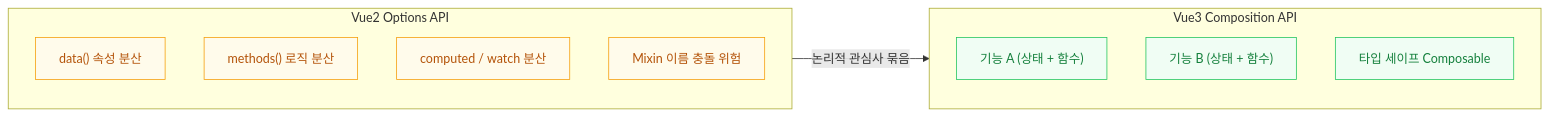
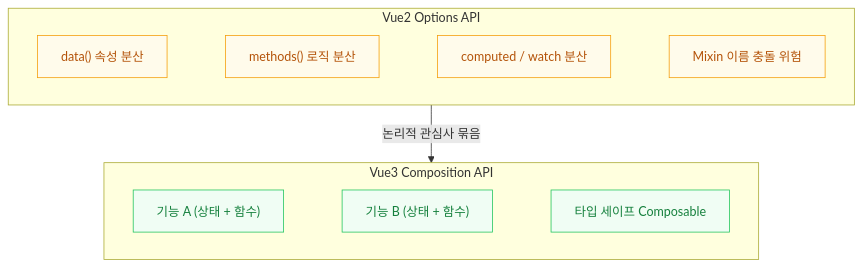
The diagram in content/diagrams/composition-migration-diagram.mmd (heo-mk/react-vue-trans-01-next-ver), drawn with Mermaid before and after one commit. The commit also changed 16 other files, not shown here.

Commit message:
modify 화면 구조도 수정

```diff
--- a/content/diagrams/composition-migration-diagram.mmd
+++ b/content/diagrams/composition-migration-diagram.mmd
@@ -1,17 +1,14 @@
-flowchart LR
+flowchart TB
     subgraph V2["Vue2 Options API"]
-        O1["data() 속성 분산"]
-        O2["methods() 로직 분산"]
-        O3["computed / watch 분산"]
-        O4["Mixin 이름 충돌 위험"]
+        direction LR
+        O1["data() 속성 분산"] ~~~ O2["methods() 로직 분산"] ~~~ O3["computed / watch 분산"] ~~~ O4["Mixin 이름 충돌 위험"]
     end
     subgraph V3["Vue3 Composition API"]
-        C1["기능 A (상태 + 함수)"]
-        C2["기능 B (상태 + 함수)"]
-        C3["타입 세이프 Composable"]
+        direction LR
+        C1["기능 A (상태 + 함수)"] ~~~ C2["기능 B (상태 + 함수)"] ~~~ C3["타입 세이프 Composable"]
     end
     V2 -->|"논리적 관심사 묶음"| V3
     classDef warnStyle fill:#fffbeb,stroke:#f59e0b,color:#b45309;
     classDef okStyle fill:#f0fdf4,stroke:#22c55e,color:#15803d;
     class O1,O2,O3,O4 warnStyle;
     class C1,C2,C3 okStyle;
```
